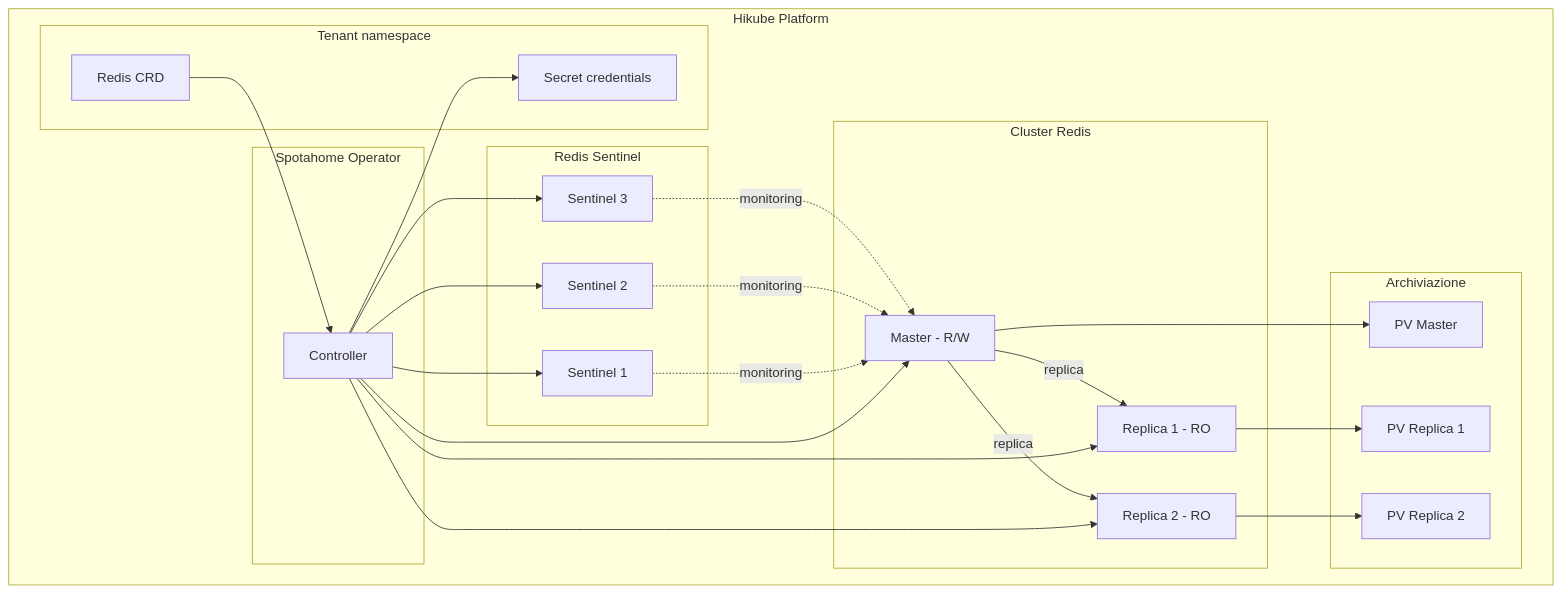
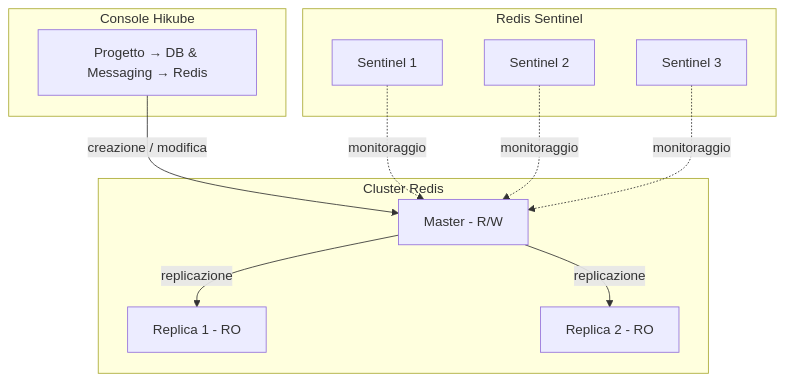
The first of 2 diagrams in i18n/it/docusaurus-plugin-content-docs/current/services/databases/redis/concepts.md (HidoraSwiss/hikube-public-doc), drawn with Mermaid before and after one commit. The commit also changed other lines of this file and 148 other files, not shown here.

````diff
--- a/i18n/it/docusaurus-plugin-content-docs/current/services/databases/redis/concepts.md
+++ b/i18n/it/docusaurus-plugin-content-docs/current/services/databases/redis/concepts.md
@@ -12,48 +12,25 @@
 ```mermaid
 graph TB
-    subgraph "Hikube Platform"
-        subgraph "Tenant namespace"
-            CR[Redis CRD]
-            SEC[Secret credentials]
-        end
-
-        subgraph "Spotahome Operator"
-            OP[Controller]
-        end
-
-        subgraph "Cluster Redis"
-            M[Master - R/W]
-            R1[Replica 1 - RO]
-            R2[Replica 2 - RO]
-        end
-
-        subgraph "Redis Sentinel"
-            S1[Sentinel 1]
-            S2[Sentinel 2]
-            S3[Sentinel 3]
-        end
-
-        subgraph "Archiviazione"
-            PV1[PV Master]
-            PV2[PV Replica 1]
-            PV3[PV Replica 2]
-        end
+    subgraph "Console Hikube"
+        UI[Progetto → DB & Messaging → Redis]
     end
 
-    CR --> OP
-    OP --> M
-    OP --> R1
-    OP --> R2
-    OP --> S1
-    OP --> S2
-    OP --> S3
-    M -->|replica| R1
-    M -->|replica| R2
-    S1 -.->|monitoring| M
-    S2 -.->|monitoring| M
-    S3 -.->|monitoring| M
-    M --> PV1
-    R1 --> PV2
-    R2 --> PV3
-    OP --> SEC
+    subgraph "Cluster Redis"
+        M[Master - R/W]
+        R1[Replica 1 - RO]
+        R2[Replica 2 - RO]
+    end
+
+    subgraph "Redis Sentinel"
+        S1[Sentinel 1]
+        S2[Sentinel 2]
+        S3[Sentinel 3]
+    end
+
+    UI -->|creazione / modifica| M
+    M -->|replicazione| R1
+    M -->|replicazione| R2
+    S1 -.->|monitoraggio| M
+    S2 -.->|monitoraggio| M
+    S3 -.->|monitoraggio| M
 ```
````
